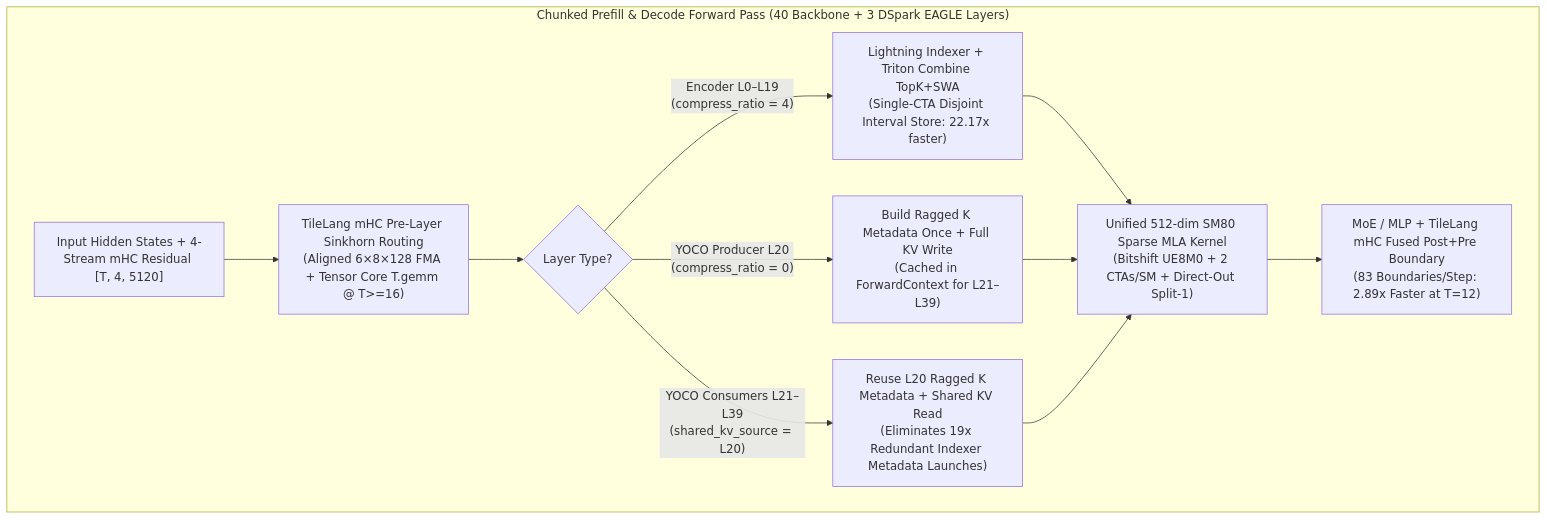
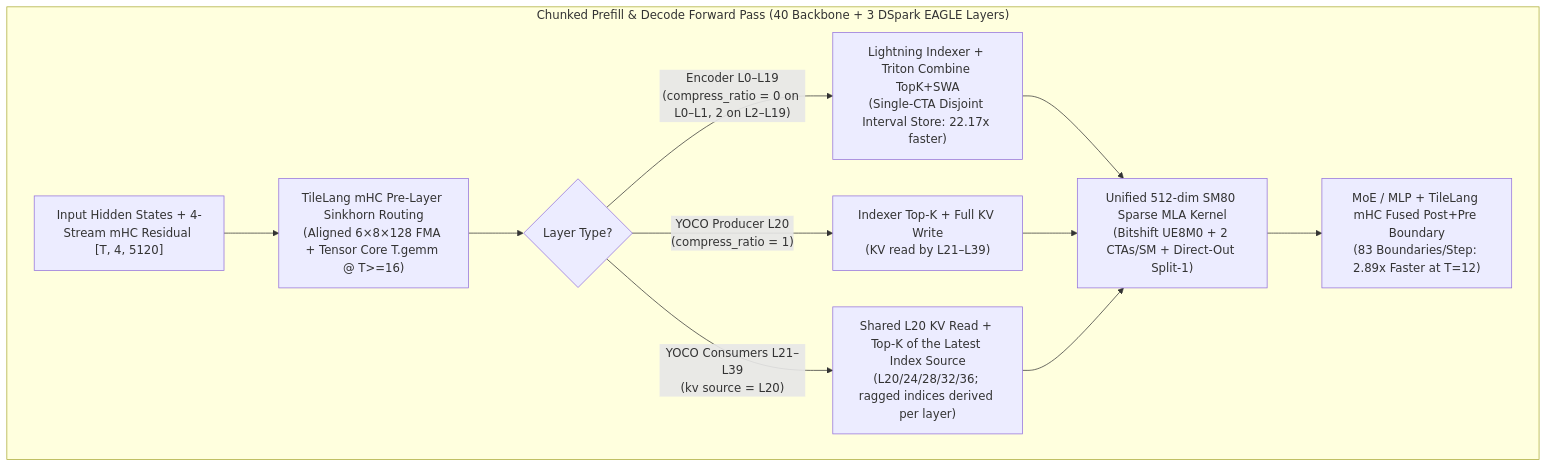
One commit to HalfVulpes/Deepinfer-SM80 changed the diagram in docs/ARCHITECTURE.md. Above: the diagram before and after it, drawn with Mermaid. The commit also changed other lines of this file and 5 other files, not shown here.

````diff
--- a/docs/ARCHITECTURE.md
+++ b/docs/ARCHITECTURE.md
@@ -9,14 +9,14 @@
 ```mermaid
 flowchart TD
     subgraph Prefill["Chunked Prefill & Decode Forward Pass (40 Backbone + 3 DSpark EAGLE Layers)"]
         A["Input Hidden States + 4-Stream mHC Residual [T, 4, 5120]"] --> B["TileLang mHC Pre-Layer Sinkhorn Routing<br/>(Aligned 6×8×128 FMA + Tensor Core T.gemm @ T>=16)"]
         B --> C{"Layer Type?"}
-        C -->|"Encoder L0–L19<br/>(compress_ratio = 4)"| D["Lightning Indexer + Triton Combine TopK+SWA<br/>(Single-CTA Disjoint Interval Store: 22.17x faster)"]
-        C -->|"YOCO Producer L20<br/>(compress_ratio = 0)"| E["Build Ragged K Metadata Once + Full KV Write<br/>(Cached in ForwardContext for L21–L39)"]
-        C -->|"YOCO Consumers L21–L39<br/>(shared_kv_source = L20)"| F["Reuse L20 Ragged K Metadata + Shared KV Read<br/>(Eliminates 19x Redundant Indexer Metadata Launches)"]
+        C -->|"Encoder L0–L19<br/>(compress_ratio = 0 on L0–L1, 2 on L2–L19)"| D["Lightning Indexer + Triton Combine TopK+SWA<br/>(Single-CTA Disjoint Interval Store: 22.17x faster)"]
+        C -->|"YOCO Producer L20<br/>(compress_ratio = 1)"| E["Indexer Top-K + Full KV Write<br/>(KV read by L21–L39)"]
+        C -->|"YOCO Consumers L21–L39<br/>(kv source = L20)"| F["Shared L20 KV Read + Top-K of the Latest Index Source<br/>(L20/24/28/32/36; ragged indices derived per layer)"]
         D --> G["Unified 512-dim SM80 Sparse MLA Kernel<br/>(Bitshift UE8M0 + 2 CTAs/SM + Direct-Out Split-1)"]
         E --> G
         F --> G
         G --> H["MoE / MLP + TileLang mHC Fused Post+Pre Boundary<br/>(83 Boundaries/Step: 2.89x Faster at T=12)"]
     end
 ```
````
